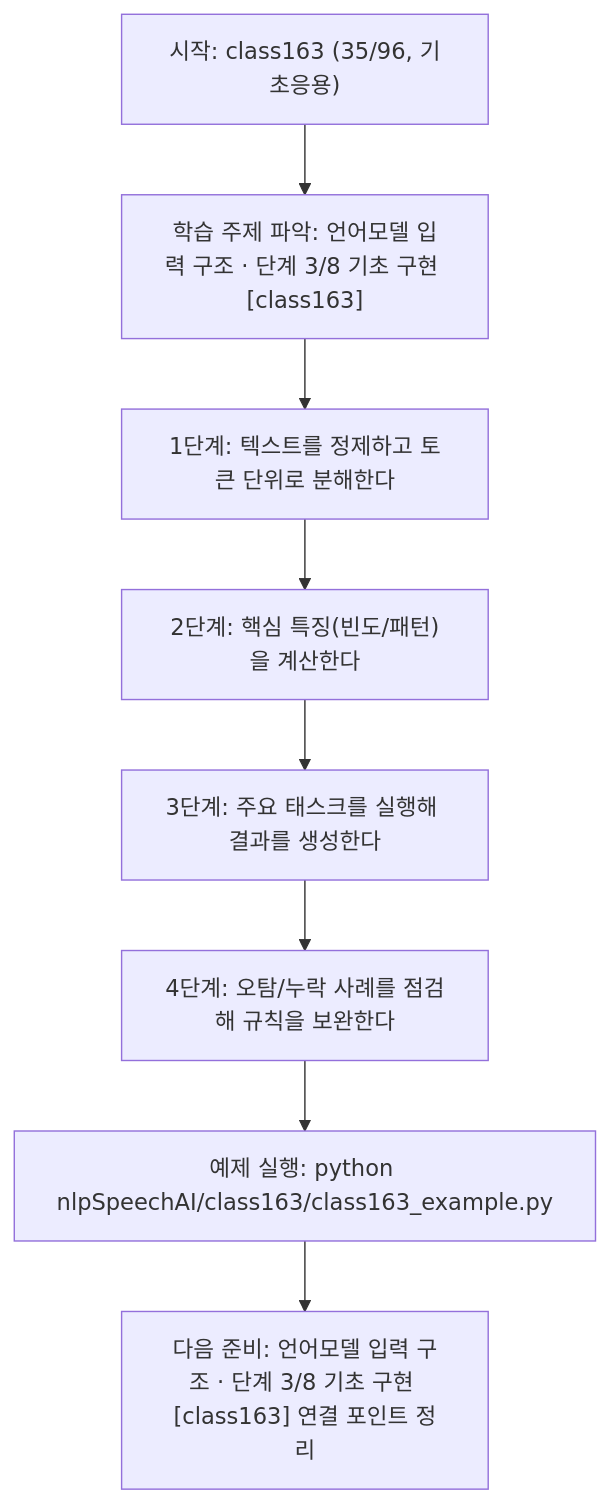
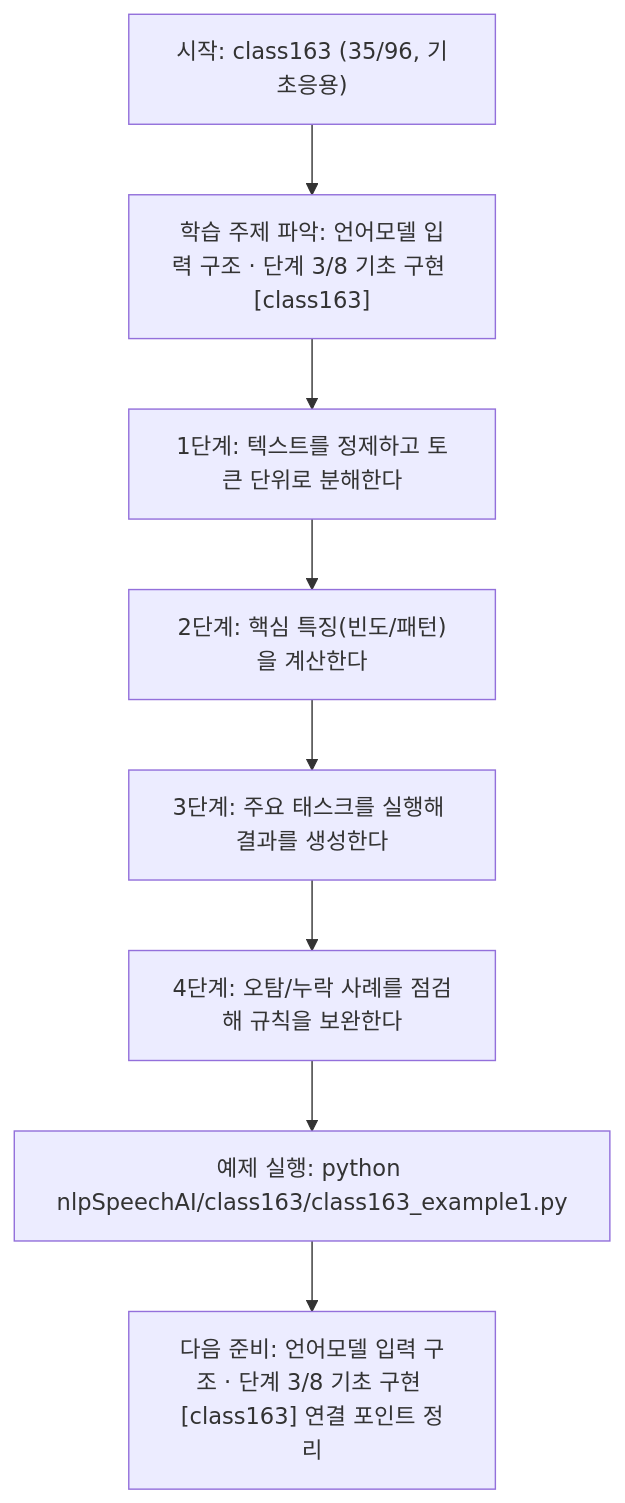
One commit to edumgt/Python-AI_Agent-Class changed the diagram in nlpSpeechAI/class163/class163.md. Above: the diagram before and after it, drawn with Mermaid. The commit also changed other lines of this file and 2959 other files, not shown here.

````diff
--- a/nlpSpeechAI/class163/class163.md
+++ b/nlpSpeechAI/class163/class163.md
@@ -114,18 +114,18 @@
 ```mermaid
 flowchart TD
 N1["시작: class163 (35/96, 기초응용)"]
 N2["학습 주제 파악: 언어모델 입력 구조 · 단계 3/8 기초 구현 [class163]"]
 N3["1단계: 텍스트를 정제하고 토큰 단위로 분해한다"]
 N4["2단계: 핵심 특징(빈도/패턴)을 계산한다"]
 N5["3단계: 주요 태스크를 실행해 결과를 생성한다"]
 N6["4단계: 오탐/누락 사례를 점검해 규칙을 보완한다"]
-N7["예제 실행: python nlpSpeechAI/class163/class163_example.py"]
+N7["예제 실행: python nlpSpeechAI/class163/class163_example1.py"]
 N8["다음 준비: 언어모델 입력 구조 · 단계 3/8 기초 구현 [class163] 연결 포인트 정리"]
 N1 --> N2
 N2 --> N3
 N3 --> N4
 N4 --> N5
 N5 --> N6
 N6 --> N7
 N7 --> N8
 ```
````
